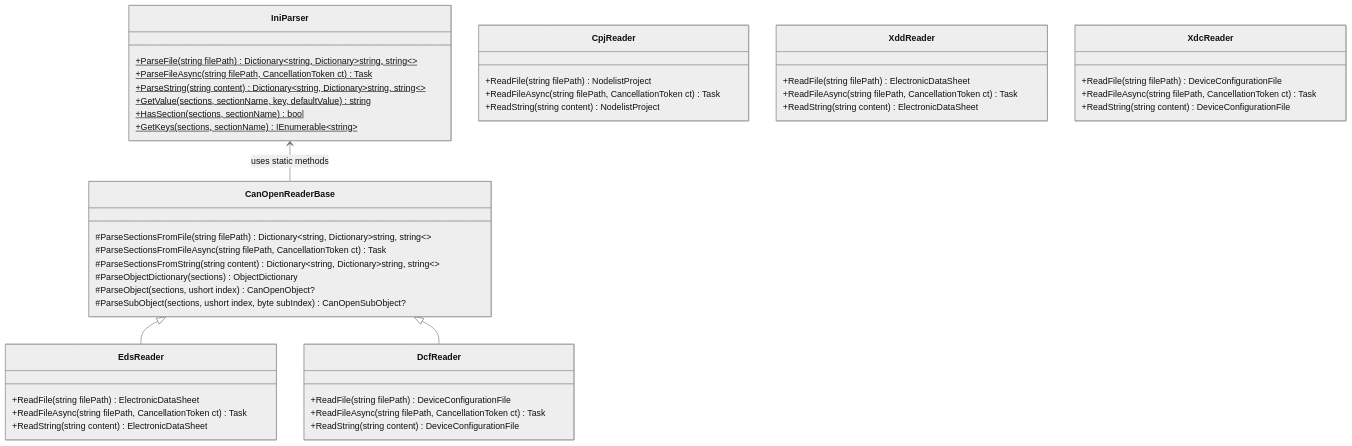
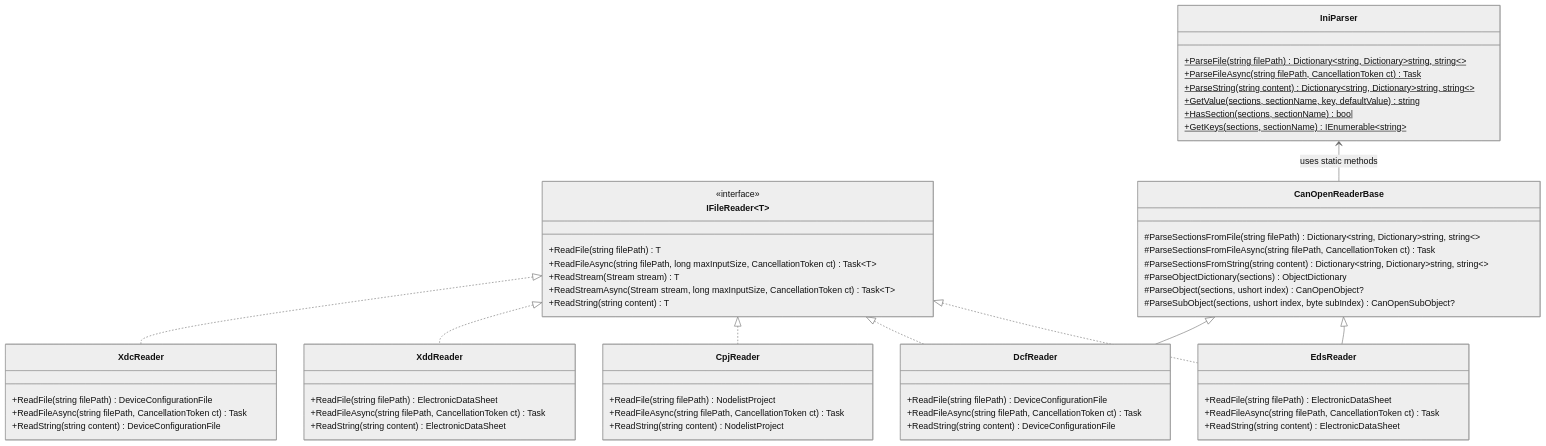
One commit to dborgards/eds-dcf-net changed the second of 7 diagrams in docs/architecture/05-building-block-view.md. Above: the diagram before and after it, drawn with Mermaid (neutral theme). The commit also changed other lines of this file and 8 other files, not shown here.

First line of the commit message:
refactor: introduce shared IFileReader abstraction for parsers (#183)

````diff
--- a/docs/architecture/05-building-block-view.md
+++ b/docs/architecture/05-building-block-view.md
@@ -60,54 +60,68 @@
 ```mermaid
 classDiagram
     class IniParser {
         +ParseFile(string filePath) Dictionary~string, Dictionary~string, string~~$
         +ParseFileAsync(string filePath, CancellationToken ct) Task$
         +ParseString(string content) Dictionary~string, Dictionary~string, string~~$
         +GetValue(sections, sectionName, key, defaultValue) string$
         +HasSection(sections, sectionName) bool$
         +GetKeys(sections, sectionName) IEnumerable~string~$
+    }
+
+    class IFileReader~T~ {
+        <<interface>>
+        +ReadFile(string filePath) T
+        +ReadFileAsync(string filePath, long maxInputSize, CancellationToken ct) Task~T~
+        +ReadStream(Stream stream) T
+        +ReadStreamAsync(Stream stream, long maxInputSize, CancellationToken ct) Task~T~
+        +ReadString(string content) T
     }
 
     class CanOpenReaderBase {
         #ParseSectionsFromFile(string filePath) Dictionary~string, Dictionary~string, string~~
         #ParseSectionsFromFileAsync(string filePath, CancellationToken ct) Task
         #ParseSectionsFromString(string content) Dictionary~string, Dictionary~string, string~~
         #ParseObjectDictionary(sections) ObjectDictionary
         #ParseObject(sections, ushort index) CanOpenObject?
         #ParseSubObject(sections, ushort index, byte subIndex) CanOpenSubObject?
     }
 
     class EdsReader {
         +ReadFile(string filePath) ElectronicDataSheet
         +ReadFileAsync(string filePath, CancellationToken ct) Task
         +ReadString(string content) ElectronicDataSheet
     }
 
     class DcfReader {
         +ReadFile(string filePath) DeviceConfigurationFile
         +ReadFileAsync(string filePath, CancellationToken ct) Task
         +ReadString(string content) DeviceConfigurationFile
     }
 
     class CpjReader {
         +ReadFile(string filePath) NodelistProject
         +ReadFileAsync(string filePath, CancellationToken ct) Task
         +ReadString(string content) NodelistProject
     }
 
     class XddReader {
         +ReadFile(string filePath) ElectronicDataSheet
         +ReadFileAsync(string filePath, CancellationToken ct) Task
         +ReadString(string content) ElectronicDataSheet
     }
 
     class XdcReader {
         +ReadFile(string filePath) DeviceConfigurationFile
         +ReadFileAsync(string filePath, CancellationToken ct) Task
         +ReadString(string content) DeviceConfigurationFile
     }
 
     IniParser <-- CanOpenReaderBase : uses static methods
+    IFileReader~ElectronicDataSheet~ <|.. EdsReader
+    IFileReader~DeviceConfigurationFile~ <|.. DcfReader
+    IFileReader~NodelistProject~ <|.. CpjReader
+    IFileReader~ElectronicDataSheet~ <|.. XddReader
+    IFileReader~DeviceConfigurationFile~ <|.. XdcReader
     CanOpenReaderBase <|-- EdsReader
     CanOpenReaderBase <|-- DcfReader
 ```
````
